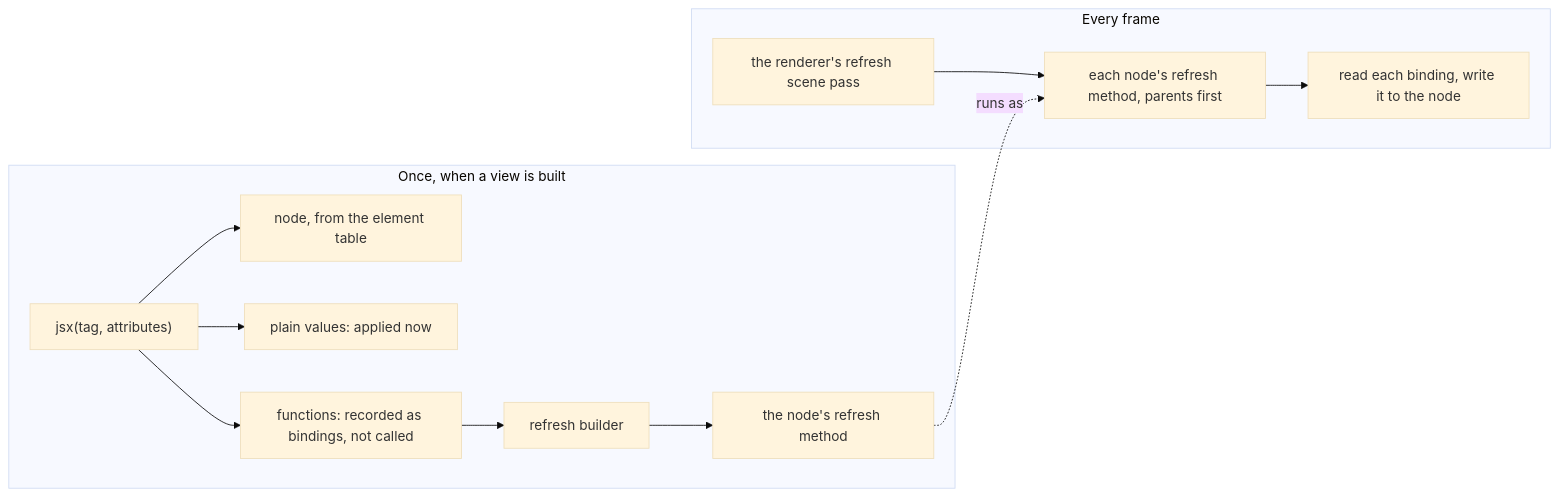
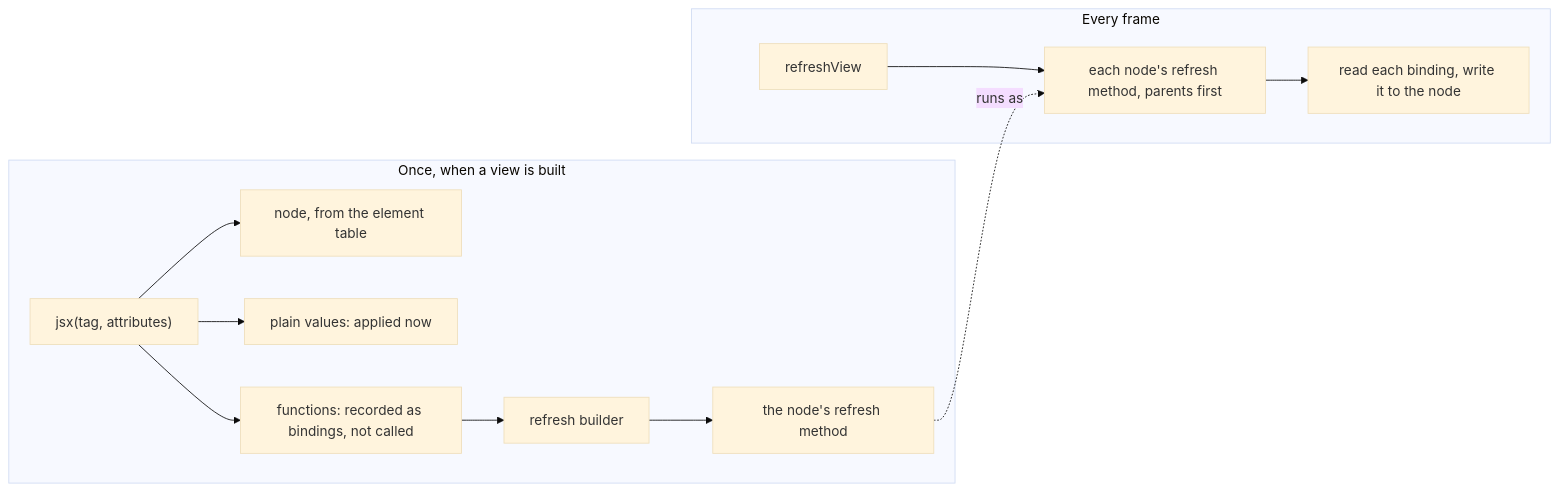
One commit to yortus/mvt-games changed the diagram in packages/utils/src/jsx/README.md. Above: the diagram before and after it, drawn with Mermaid (base theme). The commit also changed other lines of this file and 188 other files, not shown here.

````diff
--- a/packages/utils/src/jsx/README.md
+++ b/packages/utils/src/jsx/README.md
@@ -45,15 +45,15 @@
 ```mermaid
 flowchart LR
     subgraph build["Once, when a view is built"]
         J["jsx(tag, attributes)"] --> N["node, from the element table"]
         J --> V["plain values: applied now"]
         J --> B["functions: recorded as bindings, not called"]
         B --> RB["refresh builder"]
         RB --> M["the node's refresh method"]
     end
     subgraph frame["Every frame"]
-        RS["the renderer's refresh scene pass"] --> M2["each node's refresh method, parents first"]
+        RS["refreshView"] --> M2["each node's refresh method, parents first"]
         M2 --> RW["read each binding, write it to the node"]
     end
     M -. "runs as" .-> M2
 ```
````
